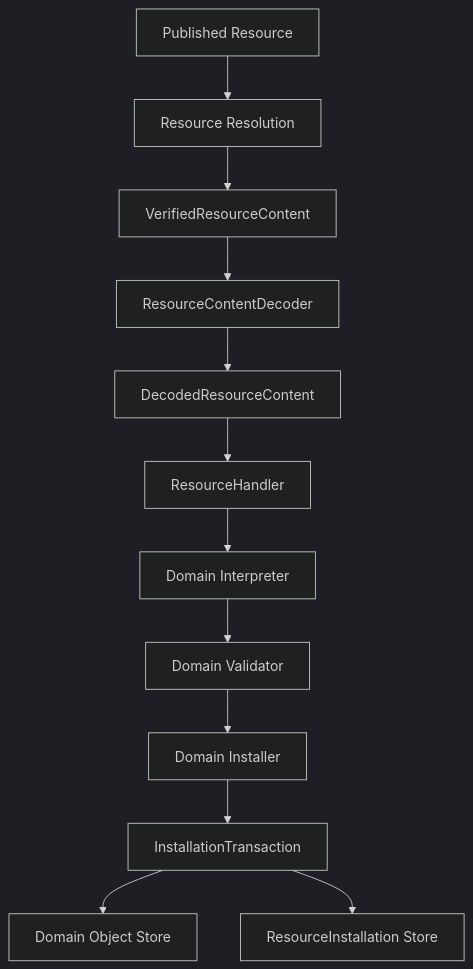
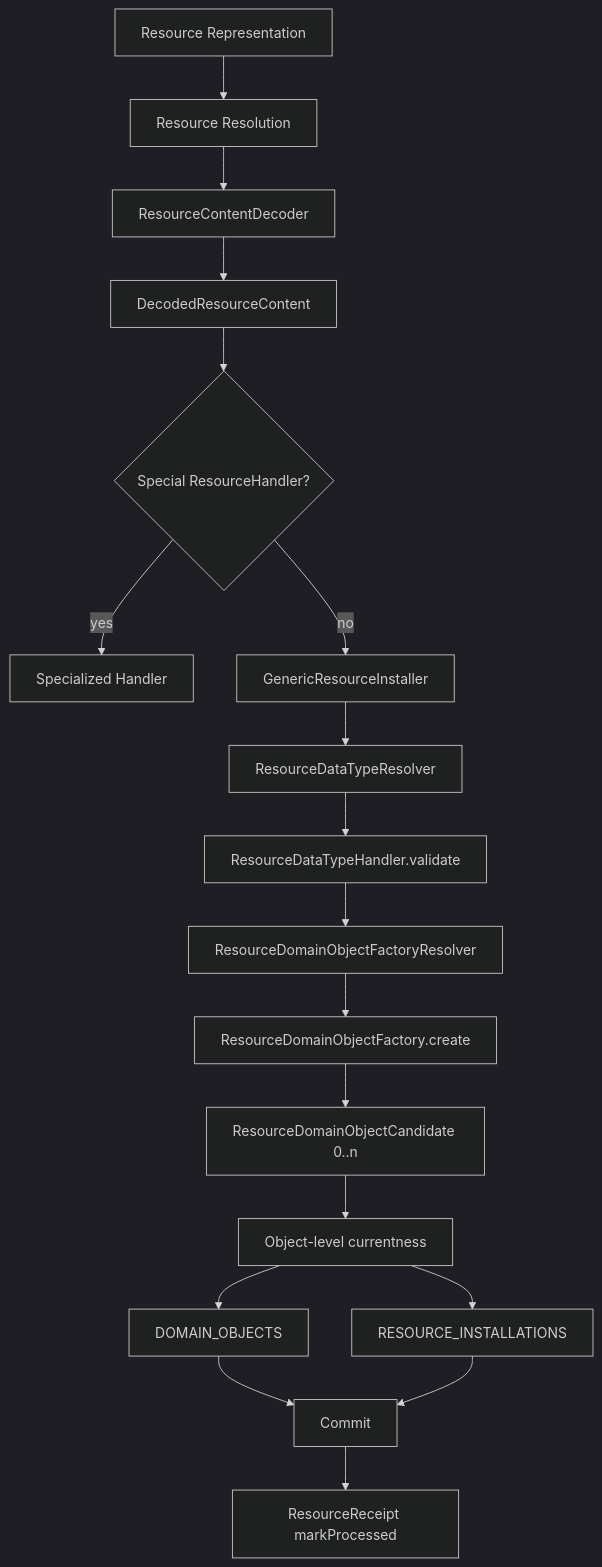
One commit to kjvonly/kjvonly.bible changed the diagram in docs/03_implementation/resources/004-resource-installation.md. Above: the diagram before and after it, drawn with Mermaid (dark theme). The commit also changed other lines of this file and 489 other files, not shown here.

First line of the commit message:
unify generic resource lifecycle and semantic contracts

````diff
--- a/docs/03_implementation/resources/004-resource-installation.md
+++ b/docs/03_implementation/resources/004-resource-installation.md
@@ -110,14 +91,20 @@
 ```mermaid
 flowchart TD
-    A[Published Resource] --> B[Resource Resolution]
-    B --> C[VerifiedResourceContent]
-    C --> D[ResourceContentDecoder]
-    D --> E[DecodedResourceContent]
-    E --> F[ResourceHandler]
-    F --> G[Domain Interpreter]
-    G --> H[Domain Validator]
-    H --> I[Domain Installer]
-    I --> J[InstallationTransaction]
-    J --> K[Domain Object Store]
-    J --> L[ResourceInstallation Store]
+    A[Resource Representation] --> B[Resource Resolution]
+    B --> C[ResourceContentDecoder]
+    C --> D[DecodedResourceContent]
+    D --> E{Special ResourceHandler?}
+    E -- yes --> F[Specialized Handler]
+    E -- no --> G[GenericResourceInstaller]
+    G --> H[ResourceDataTypeResolver]
+    H --> I[ResourceDataTypeHandler.validate]
+    I --> J[ResourceDomainObjectFactoryResolver]
+    J --> K[ResourceDomainObjectFactory.create]
+    K --> L[ResourceDomainObjectCandidate 0..n]
+    L --> M[Object-level currentness]
+    M --> N[DOMAIN_OBJECTS]
+    M --> O[RESOURCE_INSTALLATIONS]
+    N --> P[Commit]
+    O --> P
+    P --> Q[ResourceReceipt markProcessed]
 ```
````
